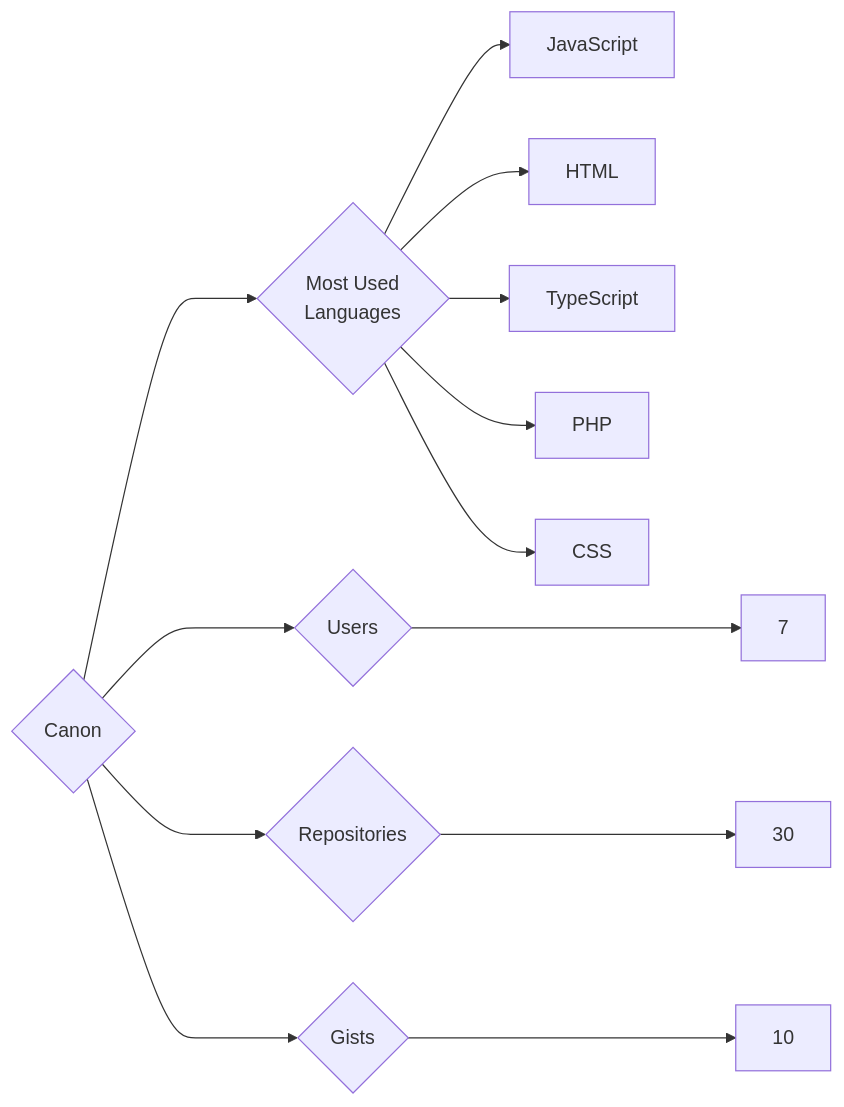
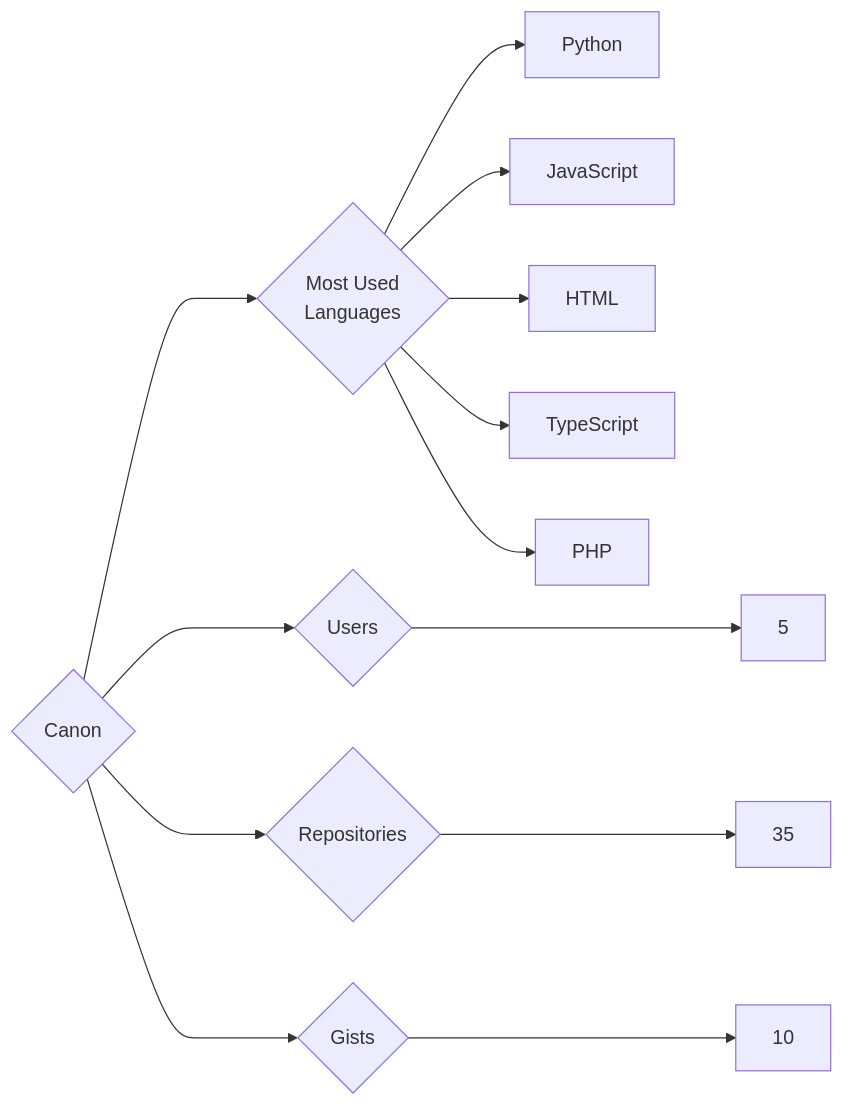
The diagram in targets/Canon/README.md (trickest/insiders), drawn with Mermaid before and after one commit. The commit also changed 988 other files, not shown here.

````diff
--- a/targets/Canon/README.md
+++ b/targets/Canon/README.md
@@ -3,13 +3,13 @@
 ```mermaid
 graph LR
 COMPANY_NAME{Canon}
-COMPANY_NAME ---> U{Users} ---> UN[7]
-COMPANY_NAME ---> R{Repositories} ---> RN[30]
+COMPANY_NAME ---> U{Users} ---> UN[5]
+COMPANY_NAME ---> R{Repositories} ---> RN[35]
 COMPANY_NAME ---> G{Gists} ---> GN[10]
 COMPANY_NAME ---> ML{Most Used<br>Languages}
+ML --> Python[Python]
 ML --> JavaScript[JavaScript]
 ML --> HTML[HTML]
 ML --> TypeScript[TypeScript]
 ML --> PHP[PHP]
-ML --> CSS[CSS]
 ```
````
